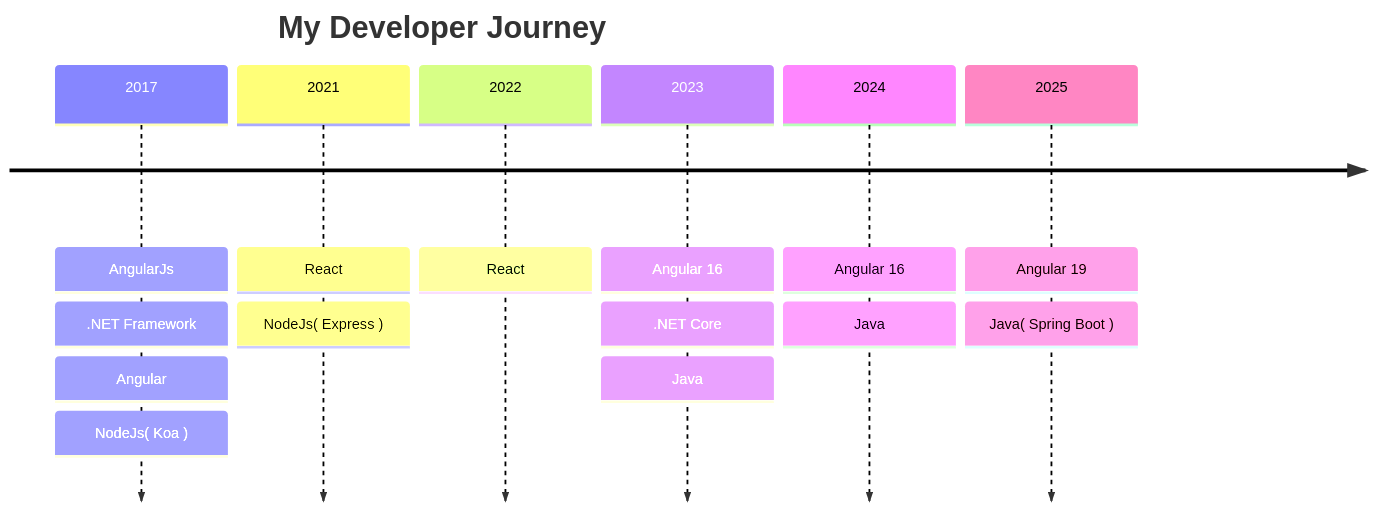
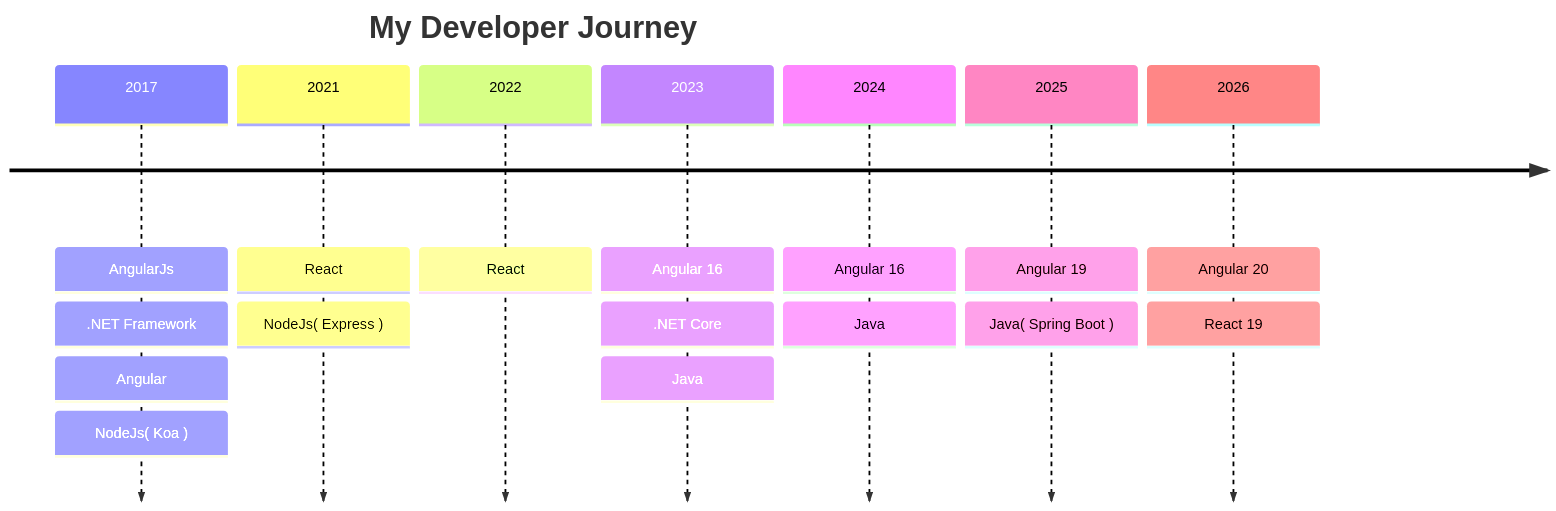
Before and after one commit to grady982/grady982: the diagram in README.md, drawn with Mermaid. The commit also changed other lines of this file, not shown here.

````diff
--- a/README.md
+++ b/README.md
@@ -10,18 +11,20 @@
 ```mermaid
 timeline
     title My Developer Journey
     2017 : AngularJs
          : .NET Framework
          : Angular
          : NodeJs( Koa )
     2021 : React
          : NodeJs( Express )
     2022 : React
     2023 : Angular 16
          : .NET Core
          : Java
     2024 : Angular 16
          : Java
     2025 : Angular 19
          : Java( Spring Boot )
+    2026 : Angular 20
+         : React 19
 ```
````
